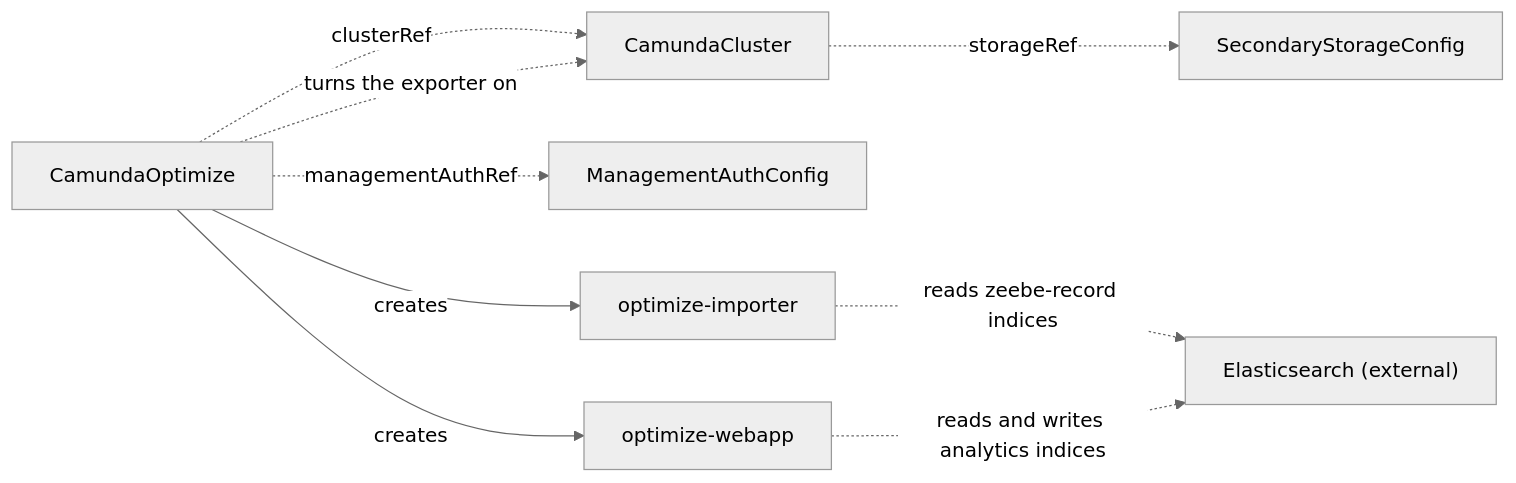
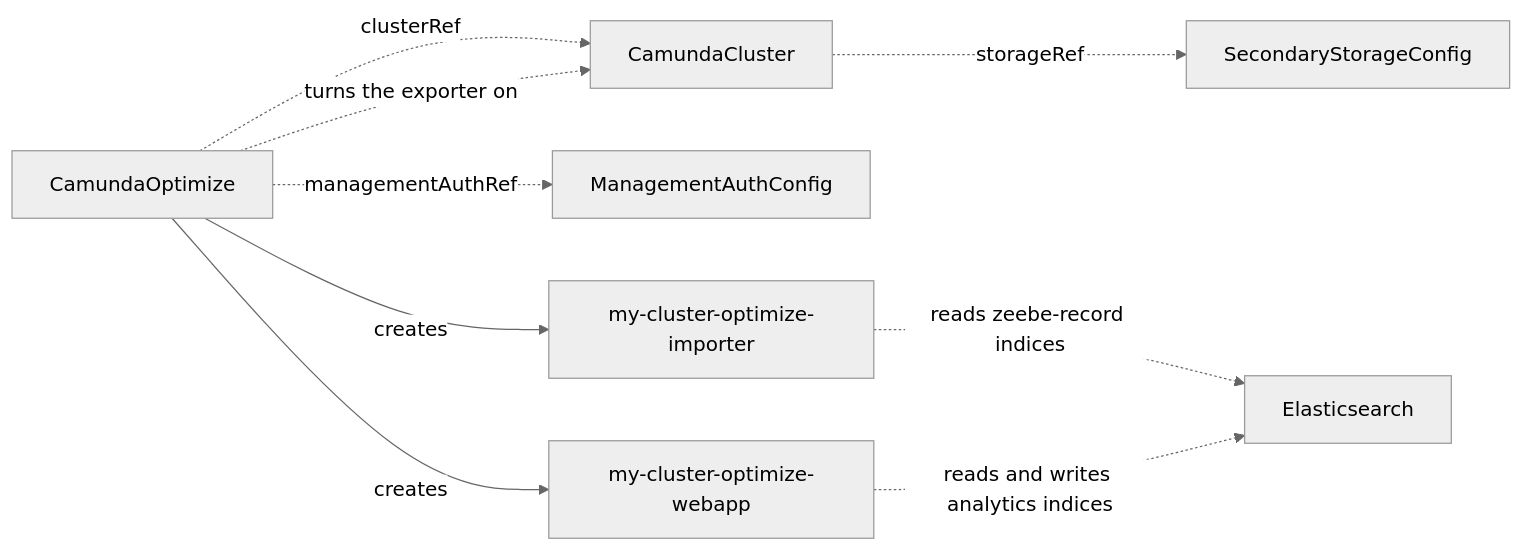
The diagram in docs/crds/camundaoptimize.md (konsole-is/camunda-operator), drawn with Mermaid (neutral theme) before and after one commit. The commit also changed other lines of this file and 36 other files, not shown here.

````diff
--- a/docs/crds/camundaoptimize.md
+++ b/docs/crds/camundaoptimize.md
@@ -29,11 +29,11 @@
 ```mermaid
 graph LR
     OPT[CamundaOptimize] -.->|clusterRef| CC[CamundaCluster]
     OPT -.->|managementAuthRef| MAC[ManagementAuthConfig]
     OPT -.->|"turns the exporter on"| CC
     CC -.->|storageRef| SSC[SecondaryStorageConfig]
-    OPT -->|creates| WA[optimize-webapp]
-    OPT -->|creates| IMP[optimize-importer]
-    IMP -.->|"reads zeebe-record indices"| ES["Elasticsearch (external)"]
+    OPT -->|creates| WA["my-cluster-optimize-webapp"]
+    OPT -->|creates| IMP["my-cluster-optimize-importer"]
+    IMP -.->|"reads zeebe-record indices"| ES["Elasticsearch"]
     WA -.->|"reads and writes analytics indices"| ES
 ```
````
